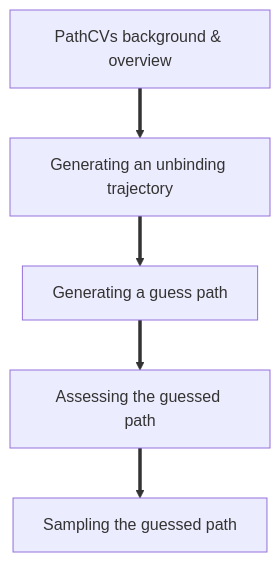
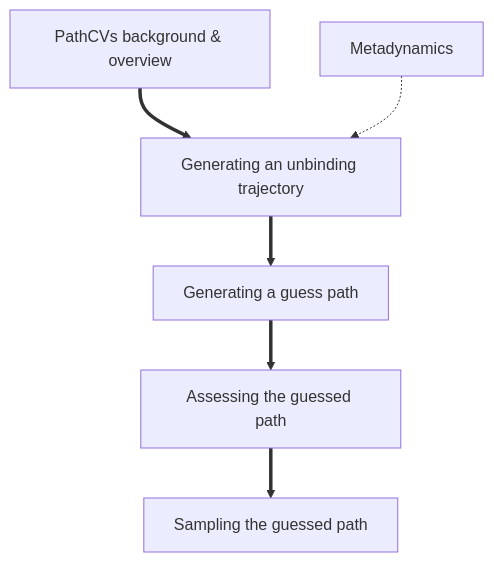
The diagram in NAVIGATION.md (mbernett/zip_for_tutorials), drawn with Mermaid before and after one commit. The commit also changed 1 other file, not shown here.

Commit message:
test arrow

````diff
--- a/NAVIGATION.md
+++ b/NAVIGATION.md
@@ -1,13 +1,15 @@
 ```mermaid
 flowchart TD
 A[PathCVs background & overview] ==> B[Generating an unbinding trajectory]
 B ==> C[Generating a guess path]
 C ==> D[Assessing the guessed path]
 D ==> E[Sampling the guessed path]
+F[Metadynamics] -.-> B
 
 click A "Intro.md" "A general introduction on path collective variables."
 click B "SMD.md" "Generate a sample unbinding trajectory."
-click C "Guess.md" "Parametrize a guess path."
+click C "Guess.md" "Parameterize a guess path."
 click D "Check.md" "Qualitative check of guess path features."
 click E "Metad.md" "Set up a metadynamics simulation to resample along the generated guess path."
+click F "ref1" "This lesson teaches you how to run metadynamics simulations."
 ```
````
